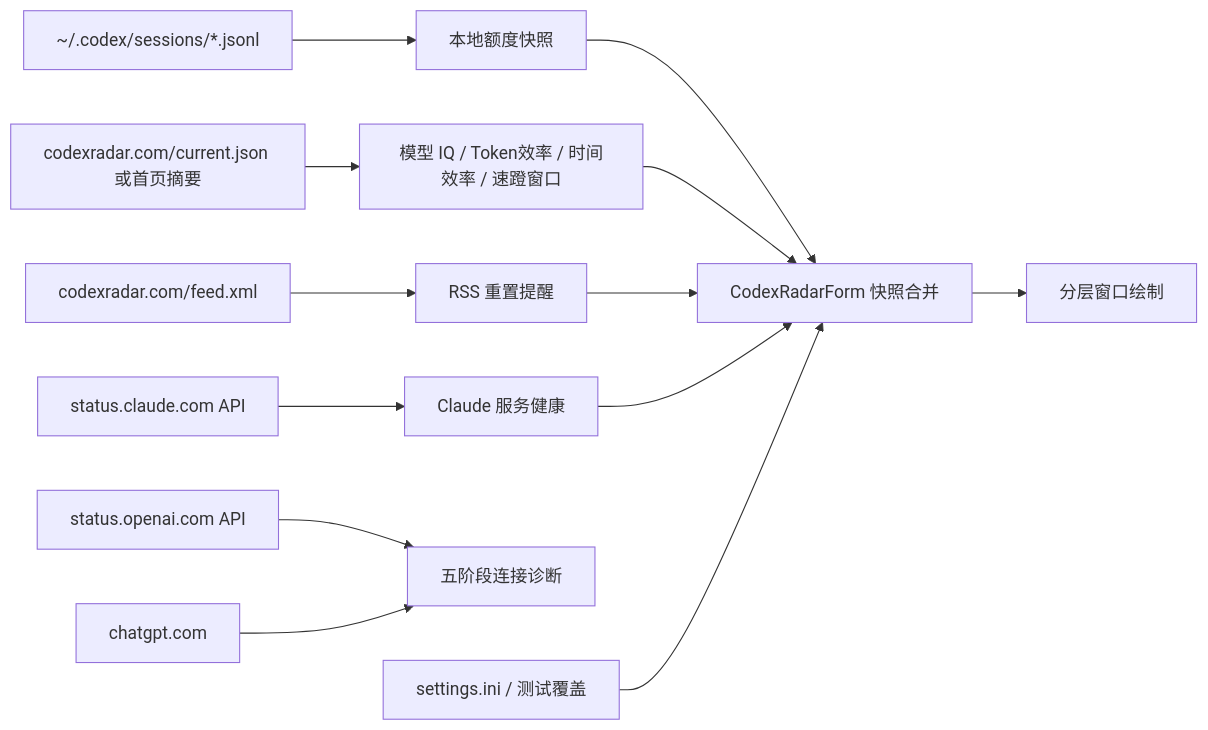
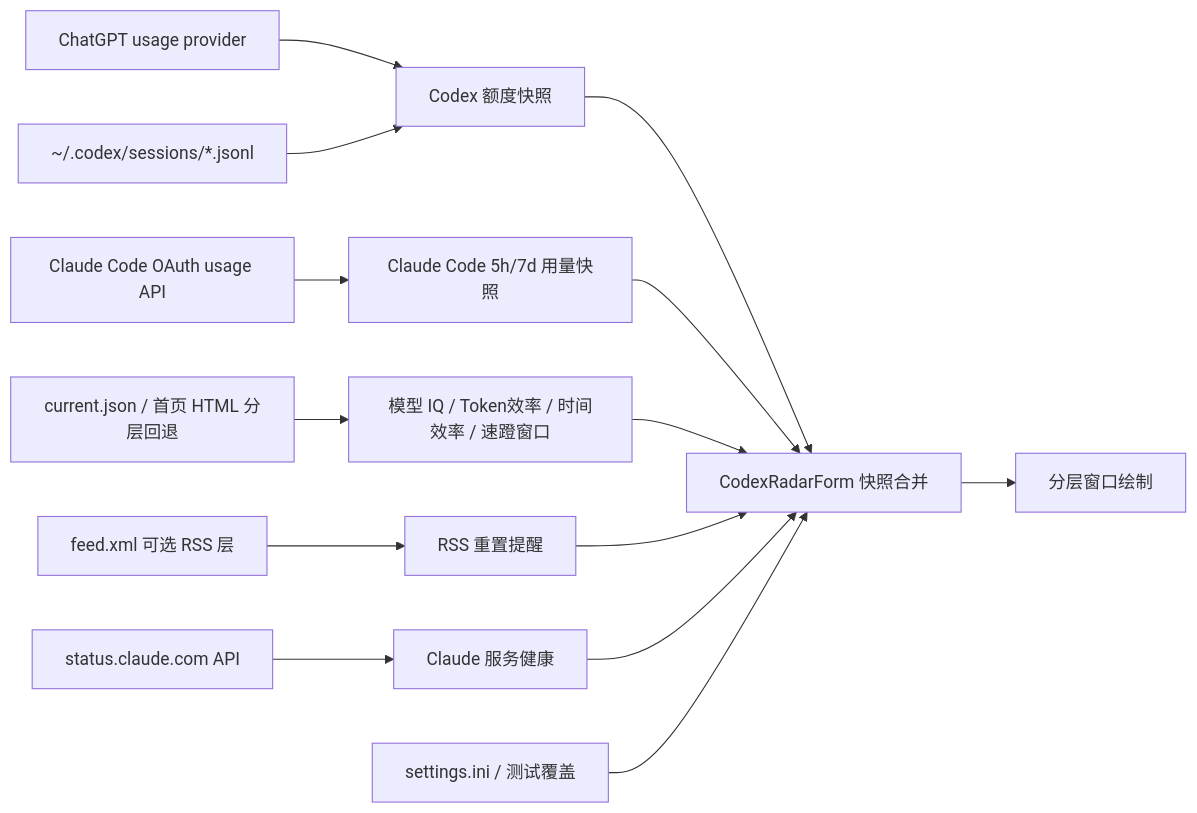
Before and after one commit to AFT-Sakee01/DesktopCodexAssistant: the diagram in Docs/CodexRadar-Architecture.md, drawn with Mermaid. The commit also changed other lines of this file and 117 other files, not shown here.

````diff
--- a/Docs/CodexRadar-Architecture.md
+++ b/Docs/CodexRadar-Architecture.md
@@ -32,15 +31,16 @@
 ```mermaid
 flowchart LR
-    Local["~/.codex/sessions/*.jsonl"] --> Quota["本地额度快照"]
-    Radar["codexradar.com/current.json 或首页摘要"] --> Model["模型 IQ / Token效率 / 时间效率 / 速蹬窗口"]
-    Feed["codexradar.com/feed.xml"] --> Reset["RSS 重置提醒"]
+    ChatGPTUsage["ChatGPT usage provider"] --> Quota["Codex 额度快照"]
+    Local["~/.codex/sessions/*.jsonl"] --> Quota
+    ClaudeUsage["Claude Code OAuth usage API"] --> ClaudeQuota["Claude Code 5h/7d 用量快照"]
+    Radar["current.json / 首页 HTML 分层回退"] --> Model["模型 IQ / Token效率 / 时间效率 / 速蹬窗口"]
+    Feed["feed.xml 可选 RSS 层"] --> Reset["RSS 重置提醒"]
     Claude["status.claude.com API"] --> ClaudeHealth["Claude 服务健康"]
-    OpenAI["status.openai.com API"] --> Connection["五阶段连接诊断"]
-    ChatGPT["chatgpt.com"] --> Connection
     Quota --> Merge["CodexRadarForm 快照合并"]
+    ClaudeQuota --> Merge
     Model --> Merge
     Reset --> Merge
     ClaudeHealth --> Merge
     Settings["settings.ini / 测试覆盖"] --> Merge
     Merge --> Render["分层窗口绘制"]
 ```
````
